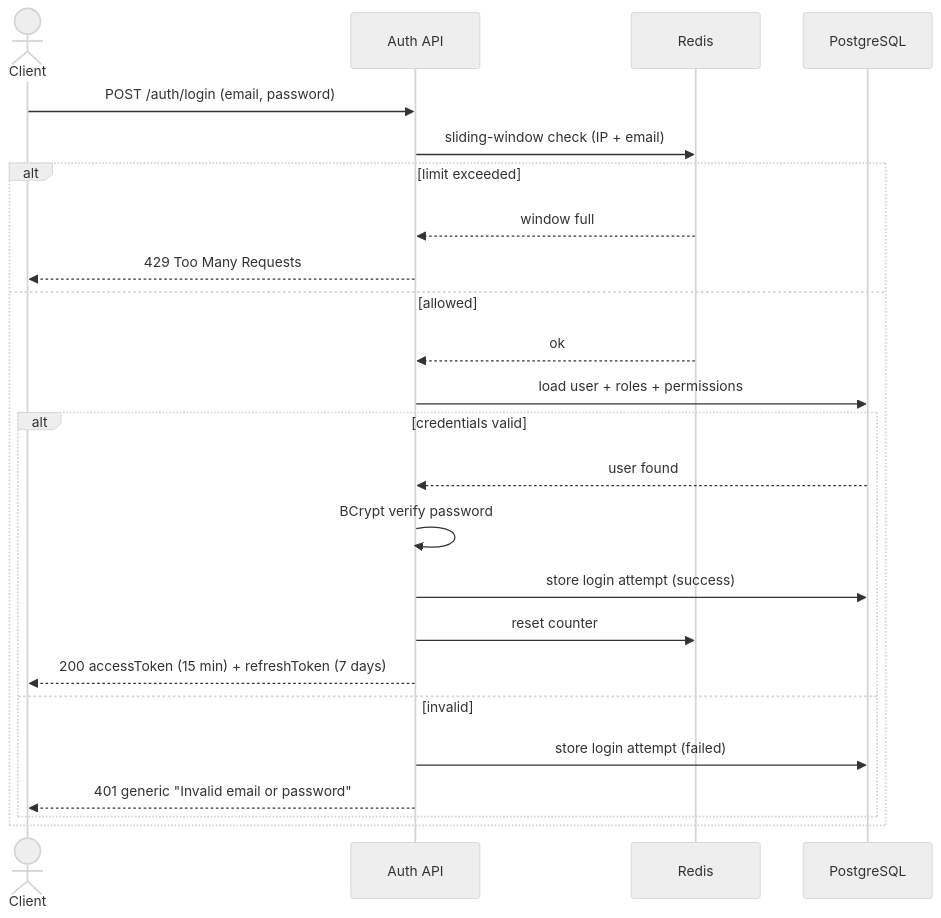
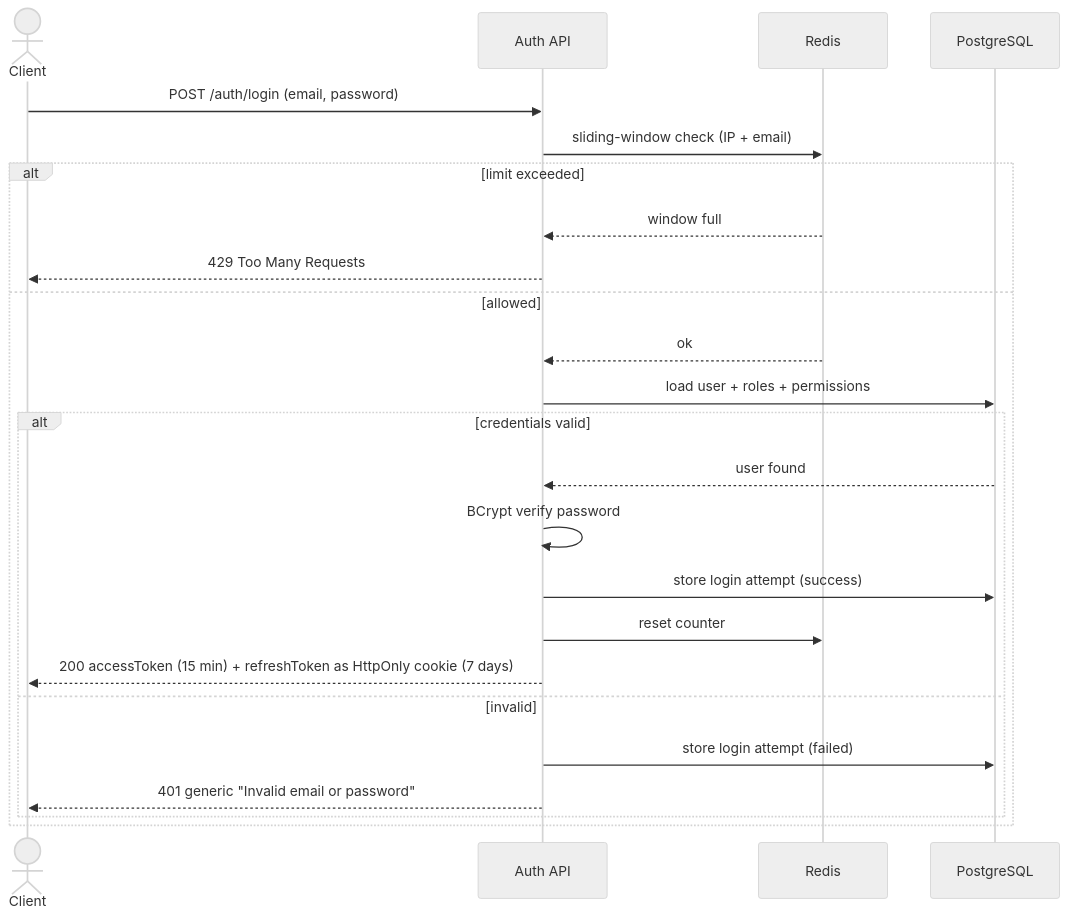
One commit to morshedmilton/TicketDeskPro-API changed the first of 16 diagrams in README.md. Above: the diagram before and after it, drawn with Mermaid (neutral theme). The commit also changed other lines of this file, not shown here.

Commit message:
Update auth diagrams for the HttpOnly refresh cookie

````diff
--- a/README.md
+++ b/README.md
@@ -33,27 +33,27 @@
 ```mermaid
 sequenceDiagram
     actor C as Client
     participant API as Auth API
     participant R as Redis
     participant DB as PostgreSQL
 
     C->>API: POST /auth/login (email, password)
     API->>R: sliding-window check (IP + email)
     alt limit exceeded
         R-->>API: window full
         API-->>C: 429 Too Many Requests
     else allowed
         R-->>API: ok
         API->>DB: load user + roles + permissions
         alt credentials valid
             DB-->>API: user found
             API->>API: BCrypt verify password
             API->>DB: store login attempt (success)
             API->>R: reset counter
-            API-->>C: 200 accessToken (15 min) + refreshToken (7 days)
+            API-->>C: 200 accessToken (15 min) + refreshToken as HttpOnly cookie (7 days)
         else invalid
             API->>DB: store login attempt (failed)
             API-->>C: 401 generic "Invalid email or password"
         end
     end
 ```
````
